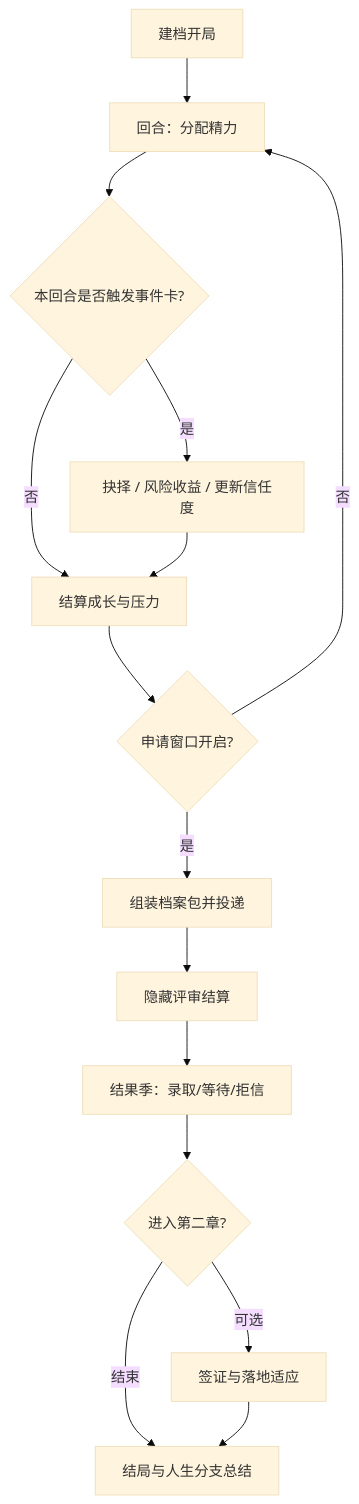
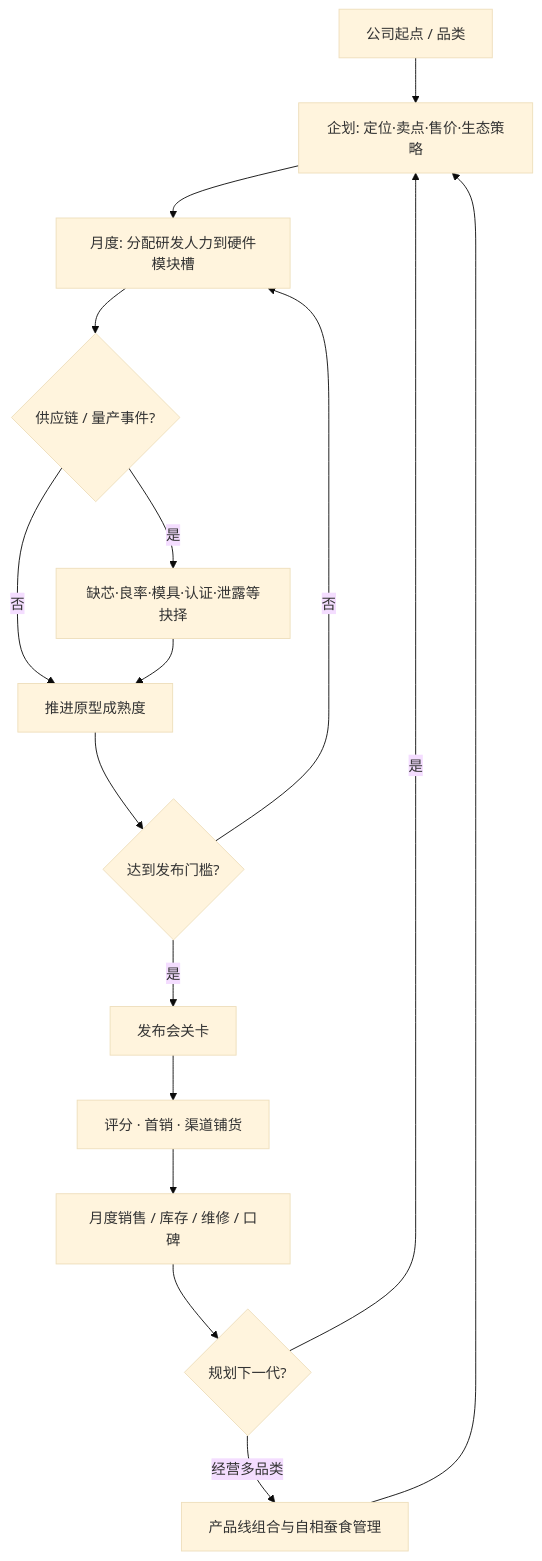
Before and after one commit to Crowffery/tech-product-simulator: the diagram in docs/GAME_DESIGN.md, drawn with Mermaid (base theme). The commit also changed other lines of this file and 2 other files, not shown here.

````diff
--- a/docs/GAME_DESIGN.md
+++ b/docs/GAME_DESIGN.md
@@ -82,17 +78,18 @@
 ```mermaid
 flowchart TD
-  A[建档开局] --> B[回合：分配精力]
-  B --> C{本回合是否触发事件卡?}
-  C -->|是| D[抉择 / 风险收益 / 更新信任度]
-  C -->|否| E[结算成长与压力]
-  D --> E
-  E --> F{申请窗口开启?}
-  F -->|否| B
-  F -->|是| G[组装档案包并投递]
-  G --> H[隐藏评审结算]
-  H --> I[结果季：录取/等待/拒信]
-  I --> J{进入第二章?}
-  J -->|可选| K[签证与落地适应]
-  J -->|结束| L[结局与人生分支总结]
-  K --> L
+  A[公司起点 / 品类] --> B[企划: 定位·卖点·售价·生态策略]
+  B --> C[月度: 分配研发人力到硬件模块槽]
+  C --> D{供应链 / 量产事件?}
+  D -->|是| E[缺芯·良率·模具·认证·泄露等抉择]
+  D -->|否| F[推进原型成熟度]
+  E --> F
+  F --> G{达到发布门槛?}
+  G -->|否| C
+  G -->|是| H[发布会关卡]
+  H --> I[评分 · 首销 · 渠道铺货]
+  I --> J[月度销售 / 库存 / 维修 / 口碑]
+  J --> K{规划下一代?}
+  K -->|是| B
+  K -->|经营多品类| L[产品线组合与自相蚕食管理]
+  L --> B
 ```
````
